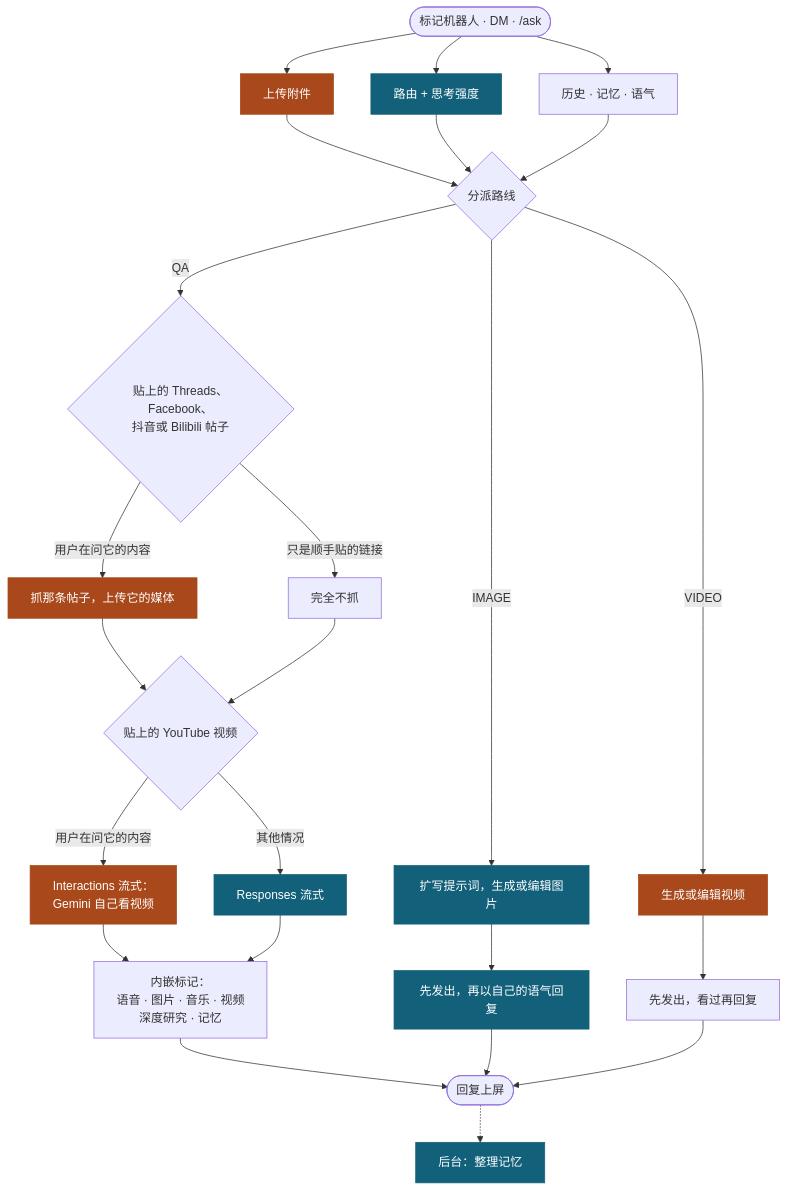
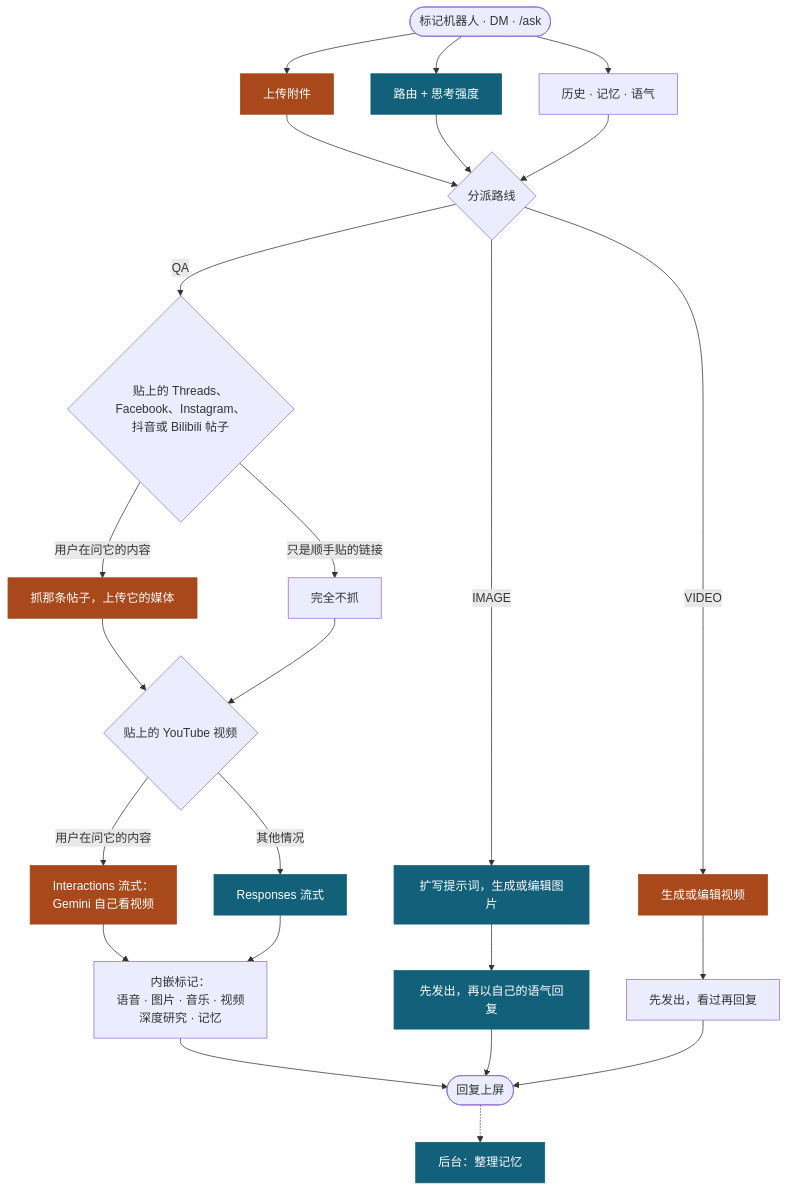
Before and after one commit to Mai0313/discordbot: the diagram in README.zh-CN.md, drawn with Mermaid. The commit also changed other lines of this file and 5 other files, not shown here.

````diff
--- a/README.zh-CN.md
+++ b/README.zh-CN.md
@@ -43,33 +43,33 @@
 ```mermaid
 flowchart TD
     U(["标记机器人 · DM · /ask"]) --> UP & RT & CX
 
     UP["上传附件"]
     RT["路由 + 思考强度"]
     CX["历史 · 记忆 · 语气"]
 
     UP & RT & CX --> R{"分派路线"}
 
-    R -->|QA| L{"贴上的 Threads、Facebook、<br/>抖音或 Bilibili 帖子"}
+    R -->|QA| L{"贴上的 Threads、Facebook、Instagram、<br/>抖音或 Bilibili 帖子"}
     L -->|"用户在问它的内容"| LF["抓那条帖子，上传它的媒体"]
     L -->|"只是顺手贴的链接"| LS["完全不抓"]
     LF & LS --> Y{"贴上的 YouTube 视频"}
     Y -->|"用户在问它的内容"| YT["Interactions 流式：<br/>Gemini 自己看视频"]
     Y -->|"其他情况"| QS["Responses 流式"]
     YT & QS --> Q2["内嵌标记：<br/>语音 · 图片 · 音乐 · 视频<br/>深度研究 · 记忆"]
 
     R -->|IMAGE| I1["扩写提示词，生成或编辑图片"]
     I1 --> I2["先发出，再以自己的语气回复"]
     R -->|VIDEO| V1["生成或编辑视频"]
     V1 --> V2["先发出，看过再回复"]
 
     Q2 --> OUT(["回复上屏"])
     I2 --> OUT
     V2 --> OUT
     OUT -.-> MM["后台：整理记忆"]
 
     classDef proxy fill:#12607a,stroke:#12607a,color:#ffffff
     classDef direct fill:#a8481b,stroke:#a8481b,color:#ffffff
     class RT,QS,I1,I2,MM proxy
     class UP,LF,YT,V1 direct
 ```
````
